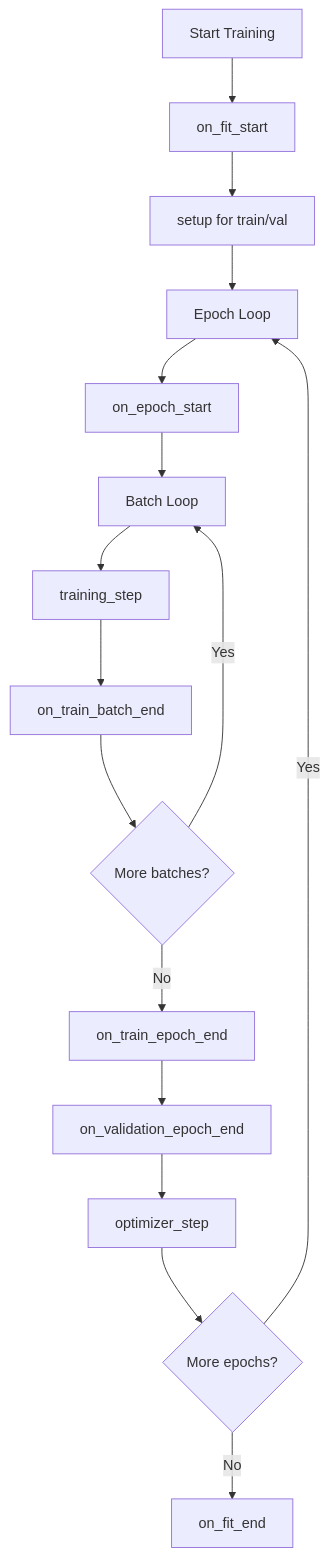
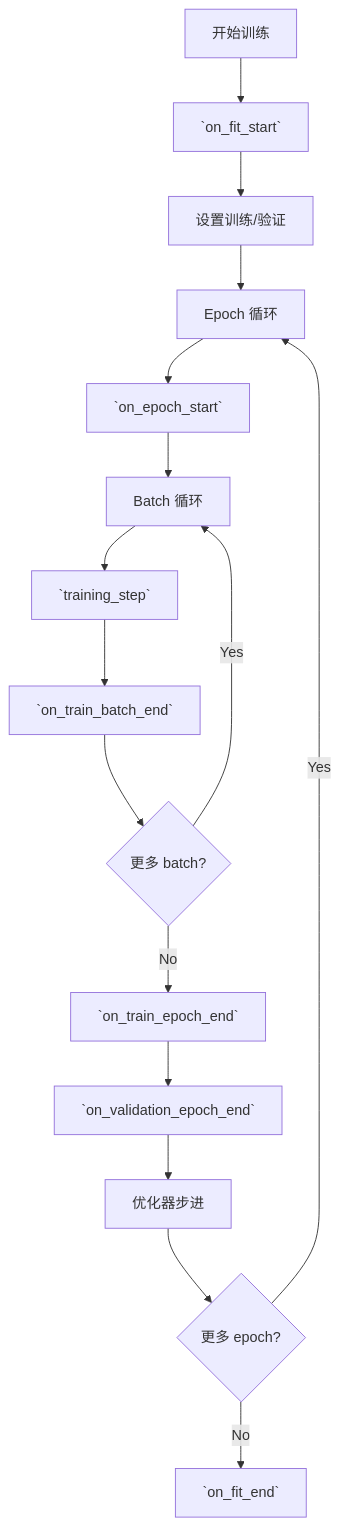
The first of 2 diagrams in i18n/zh-CN/docusaurus-plugin-content-docs/current/deep-learning/pytorch-lightning/01-introduction/02-mental-model.mdx (SAILTECHTEAM/knowledge-base), drawn with Mermaid before and after one commit. The commit also changed 1 other file, not shown here.

Commit message:
docs: update translate

````diff
--- a/i18n/zh-CN/docusaurus-plugin-content-docs/current/deep-learning/pytorch-lightning/01-introduction/02-mental-model.mdx
+++ b/i18n/zh-CN/docusaurus-plugin-content-docs/current/deep-learning/pytorch-lightning/01-introduction/02-mental-model.mdx
@@ -28,18 +28,18 @@
 ```mermaid
 flowchart TD
-    A[Start Training] --> B[on_fit_start]
-    B --> C[setup for train/val]
-    C --> D[Epoch Loop]
-    D --> E[on_epoch_start]
-    E --> F[Batch Loop]
-    F --> G[training_step]
-    G --> H[on_train_batch_end]
-    H --> I{More batches?}
+    A[开始训练] --> B[`on_fit_start`]
+    B --> C[设置训练/验证]
+    C --> D[Epoch 循环]
+    D --> E[`on_epoch_start`]
+    E --> F[Batch 循环]
+    F --> G[`training_step`]
+    G --> H[`on_train_batch_end`]
+    H --> I{更多 batch?}
     I -- Yes --> F
-    I -- No --> J[on_train_epoch_end]
-    J --> K[on_validation_epoch_end]
-    K --> L[optimizer_step]
-    L --> M{More epochs?}
+    I -- No --> J[`on_train_epoch_end`]
+    J --> K[`on_validation_epoch_end`]
+    K --> L[优化器步进]
+    L --> M{更多 epoch?}
     M -- Yes --> D
-    M -- No --> N[on_fit_end]
+    M -- No --> N[`on_fit_end`]
 ```
````
